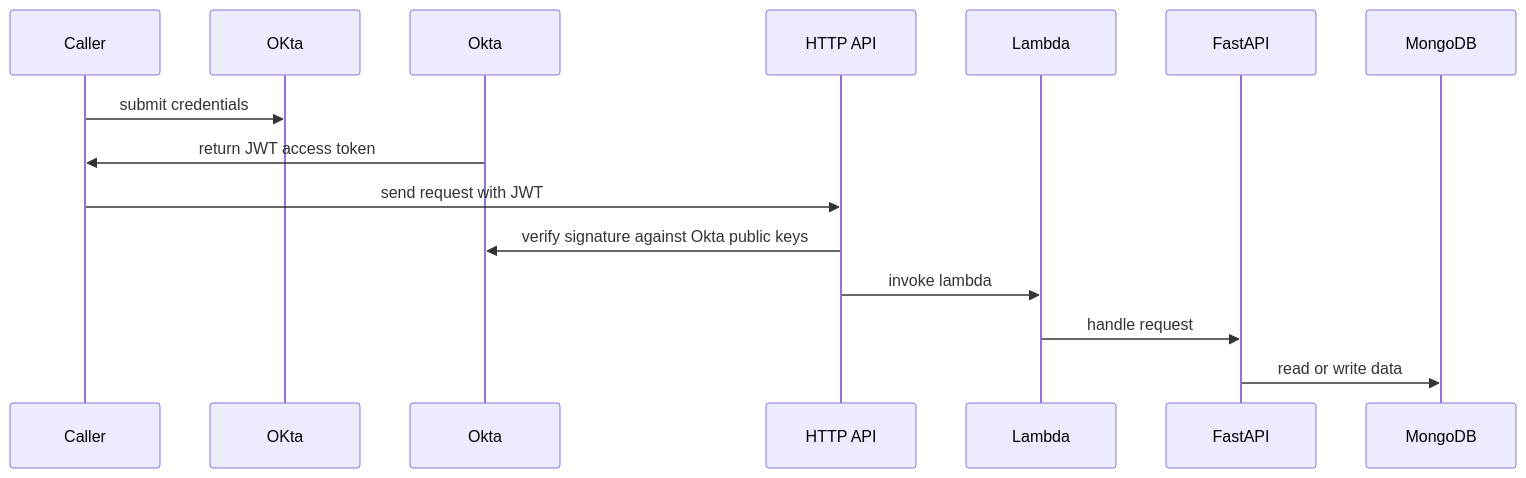
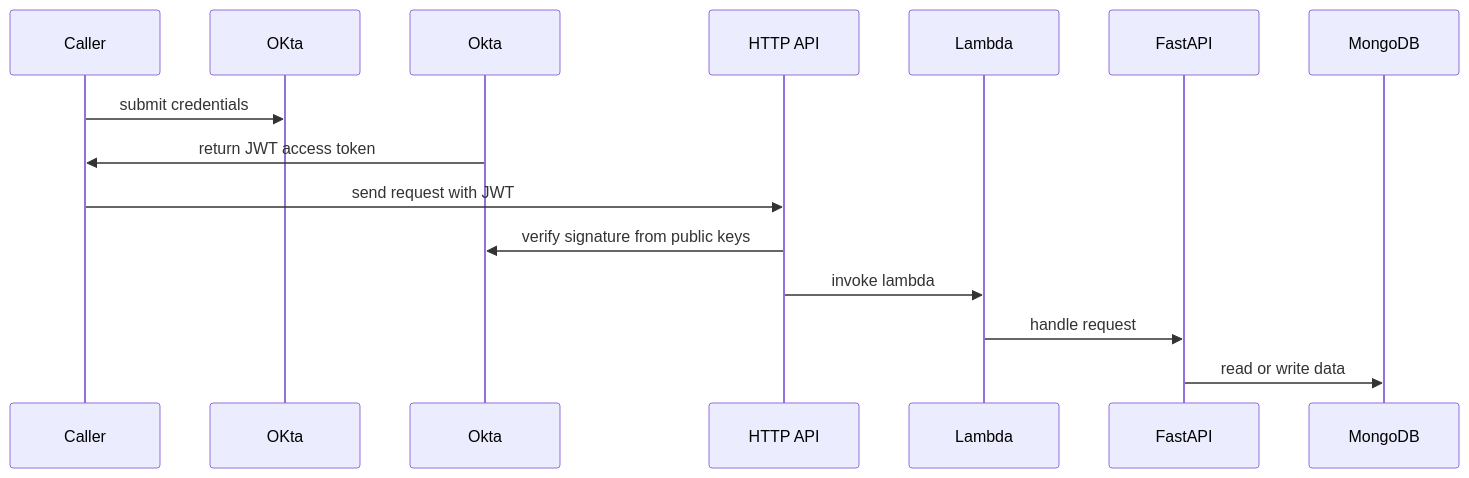
Before and after one commit to rkhullar/example-webapp: the diagram in docs/images/architecture-sequence-diagram.md, drawn with Mermaid.

````diff
--- a/docs/images/architecture-sequence-diagram.md
+++ b/docs/images/architecture-sequence-diagram.md
@@ -1,10 +1,10 @@
 ```mermaid
 sequenceDiagram
 Caller->>OKta: submit credentials
 Okta->>Caller: return JWT access token
 Caller->>HTTP API: send request with JWT
-HTTP API->>Okta: verify signature against Okta public keys
+HTTP API->>Okta: verify signature from public keys
 HTTP API->>Lambda: invoke lambda
 Lambda->>FastAPI: handle request
 FastAPI->>MongoDB: read or write data
 ```
````
